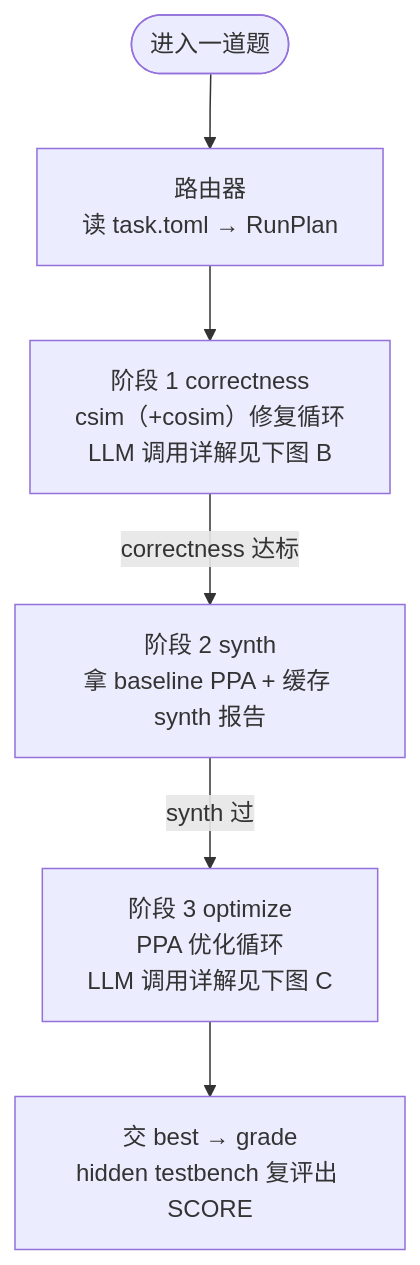
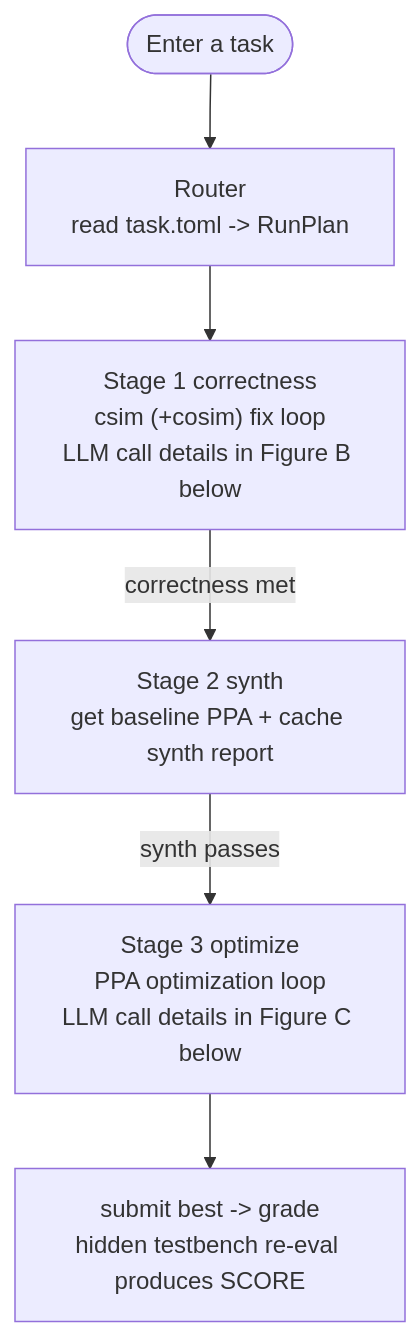
One commit to QFcattail/llm4hls changed the first of 8 diagrams in docs-development/design/agent-architecture.md. Above: the diagram before and after it, drawn with Mermaid. The commit also changed other lines of this file and 33 other files, not shown here.

````diff
--- a/docs-development/design/agent-architecture.md
+++ b/docs-development/design/agent-architecture.md
@@ -215,8 +217,8 @@
 ```mermaid
 flowchart TD
-    Start([进入一道题]) --> R["路由器<br/>读 task.toml → RunPlan"]
-    R --> S1["阶段 1 correctness<br/>csim（+cosim）修复循环<br/>LLM 调用详解见下图 B"]
-    S1 -->|correctness 达标| S2["阶段 2 synth<br/>拿 baseline PPA + 缓存 synth 报告"]
-    S2 -->|synth 过| S3["阶段 3 optimize<br/>PPA 优化循环<br/>LLM 调用详解见下图 C"]
-    S3 --> SUB["交 best → grade<br/>hidden testbench 复评出 SCORE"]
+    Start([Enter a task]) --> R["Router<br/>read task.toml -> RunPlan"]
+    R --> S1["Stage 1 correctness<br/>csim (+cosim) fix loop<br/>LLM call details in Figure B below"]
+    S1 -->|correctness met| S2["Stage 2 synth<br/>get baseline PPA + cache synth report"]
+    S2 -->|synth passes| S3["Stage 3 optimize<br/>PPA optimization loop<br/>LLM call details in Figure C below"]
+    S3 --> SUB["submit best -> grade<br/>hidden testbench re-eval produces SCORE"]
 ```
````
